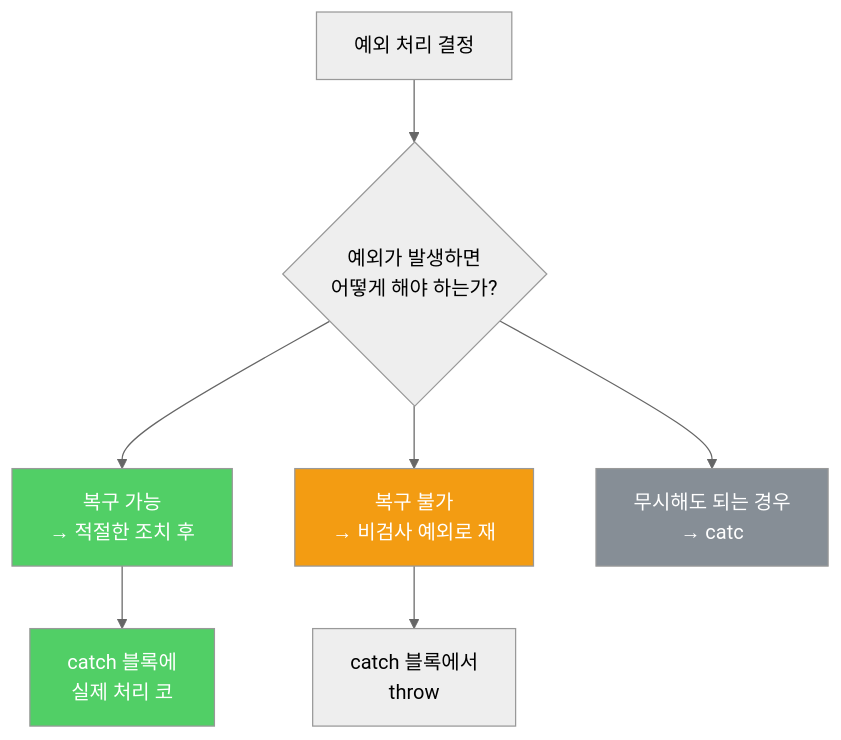
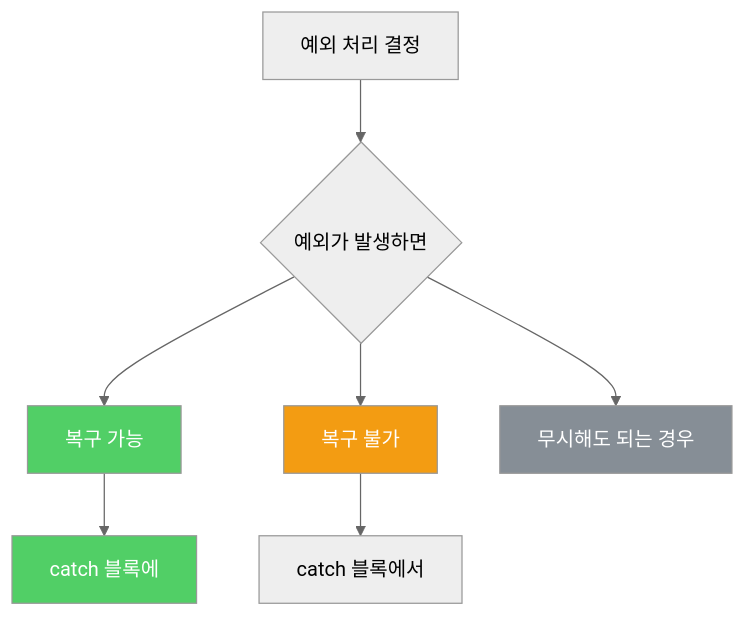
One commit to yjkim2015/yjkim2015.github.io changed the diagram in _posts/java/2022-02-21-effective-java77.md. Above: the diagram before and after it, drawn with Mermaid (neutral theme). The commit also changed 217 other files, not shown here.

First line of the commit message:
Mermaid 크기 수정: useMaxWidth:true + SVG max-width:100% + 라벨 축소

````diff
--- a/_posts/java/2022-02-21-effective-java77.md
+++ b/_posts/java/2022-02-21-effective-java77.md
@@ -69,13 +69,13 @@
 ```mermaid
 graph TD
-    A["예외 처리 결정"] --> B{"예외가 발생하면\n어떻게 해야 하는가?"}
-    B --> C["복구 가능\n→ 적절한 조치 후"]
-    B --> D["복구 불가\n→ 비검사 예외로 재"]
-    B --> E["무시해도 되는 경우\n→ catc"]
-    C --> F["catch 블록에\n실제 처리 코"]
-    D --> G["catch 블록에서\nthrow"]
+    A["예외 처리 결정"] --> B{"예외가 발생하면"}
+    B --> C["복구 가능"]
+    B --> D["복구 불가"]
+    B --> E["무시해도 되는 경우"]
+    C --> F["catch 블록에"]
+    D --> G["catch 블록에서"]
     style C fill:#51cf66,color:#fff
     style D fill:#f39c12,color:#fff
     style E fill:#868e96,color:#fff
     style F fill:#51cf66,color:#fff
 ```
````
